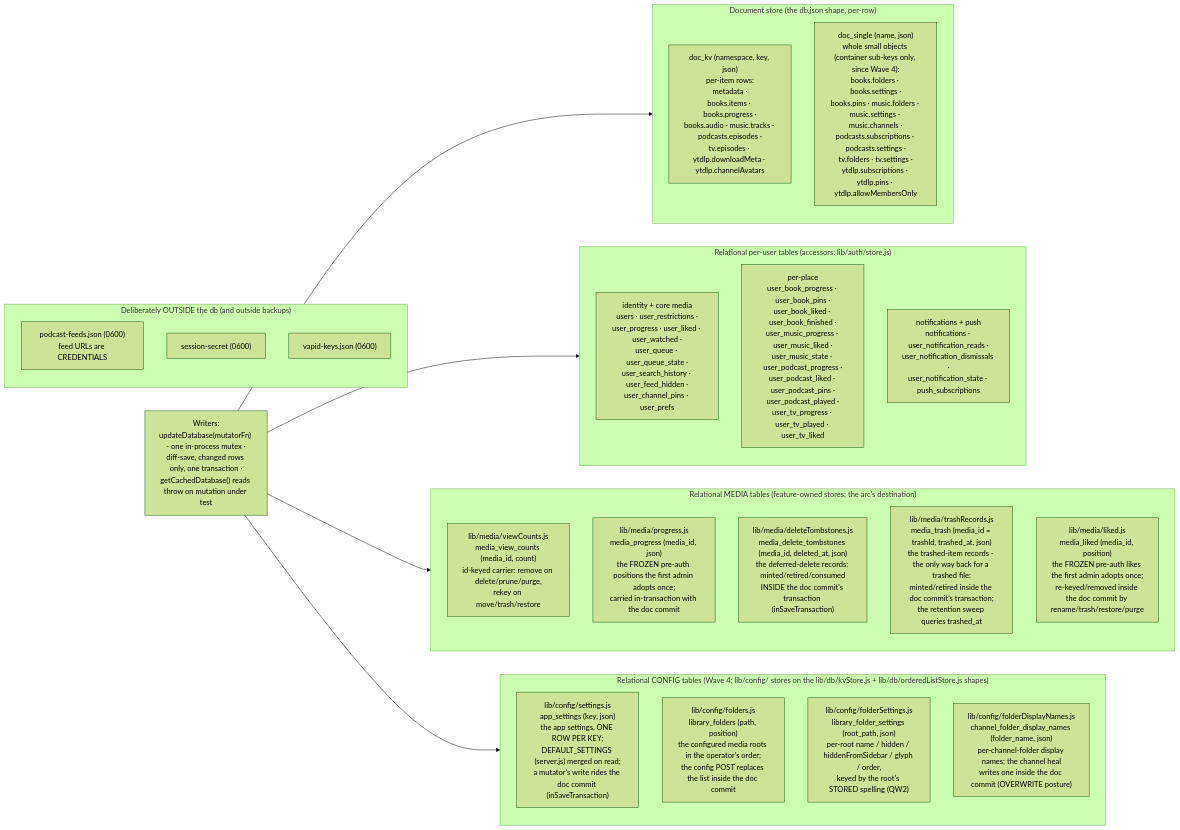
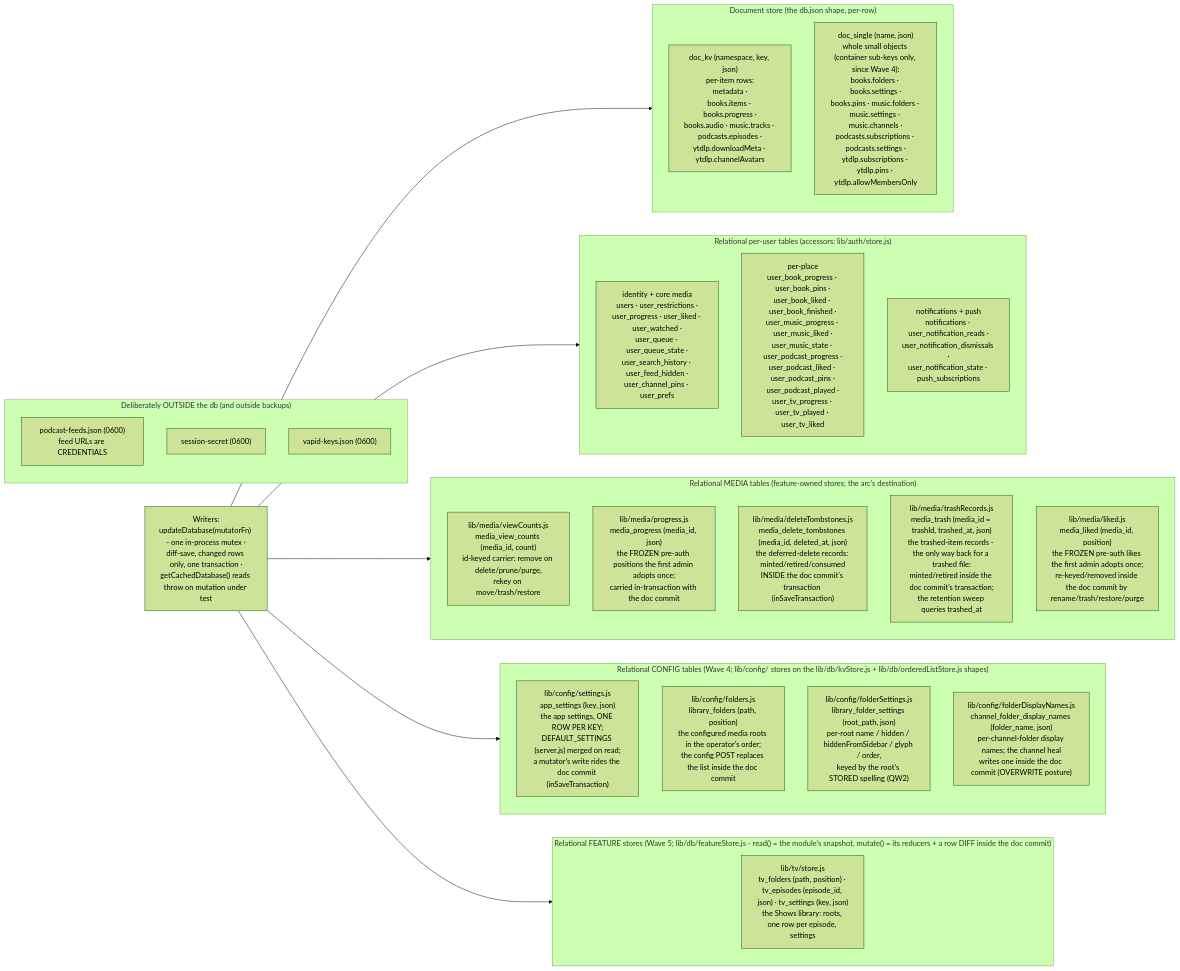
The second of 6 diagrams in docs/DIAGRAMS.md (dtammam/filetube), drawn with Mermaid (forest theme) before and after one commit. The commit also changed other lines of this file and 11 other files, not shown here.

````diff
--- a/docs/DIAGRAMS.md
+++ b/docs/DIAGRAMS.md
@@ -105,41 +105,46 @@
 ```mermaid
 flowchart LR
     subgraph DOC["Document store (the db.json shape, per-row)"]
-        KV["doc_kv (namespace, key, json)<br/>per-item rows:<br/>metadata ·<br/>books.items · books.progress ·<br/>books.audio · music.tracks · podcasts.episodes ·<br/>tv.episodes · ytdlp.downloadMeta · ytdlp.channelAvatars"]
-        SINGLE["doc_single (name, json)<br/>whole small objects (container sub-keys only, since Wave 4):<br/>books.folders · books.settings ·<br/>books.pins · music.folders · music.settings · music.channels ·<br/>podcasts.subscriptions · podcasts.settings ·<br/>tv.folders · tv.settings ·<br/>ytdlp.subscriptions · ytdlp.pins · ytdlp.allowMembersOnly"]
+        KV["doc_kv (namespace, key, json)<br/>per-item rows:<br/>metadata ·<br/>books.items · books.progress ·<br/>books.audio · music.tracks · podcasts.episodes ·<br/>ytdlp.downloadMeta · ytdlp.channelAvatars"]
+        SINGLE["doc_single (name, json)<br/>whole small objects (container sub-keys only, since Wave 4):<br/>books.folders · books.settings ·<br/>books.pins · music.folders · music.settings · music.channels ·<br/>podcasts.subscriptions · podcasts.settings ·<br/>ytdlp.subscriptions · ytdlp.pins · ytdlp.allowMembersOnly"]
     end
 
     subgraph REL["Relational per-user tables (accessors: lib/auth/store.js)"]
         CORE["identity + core media<br/>users · user_restrictions ·<br/>user_progress · user_liked · user_watched ·<br/>user_queue · user_queue_state ·<br/>user_search_history · user_feed_hidden ·<br/>user_channel_pins · user_prefs"]
         PLACEST["per-place<br/>user_book_progress · user_book_pins ·<br/>user_book_liked · user_book_finished ·<br/>user_music_progress · user_music_liked ·<br/>user_music_state · user_podcast_progress ·<br/>user_podcast_liked · user_podcast_pins ·<br/>user_podcast_played ·<br/>user_tv_progress · user_tv_played · user_tv_liked"]
         NOTIF["notifications + push<br/>notifications · user_notification_reads ·<br/>user_notification_dismissals ·<br/>user_notification_state · push_subscriptions"]
     end
 
     subgraph MEDIA["Relational MEDIA tables (feature-owned stores; the arc's destination)"]
         VC["lib/media/viewCounts.js<br/>media_view_counts (media_id, count)<br/>id-keyed carrier: remove on delete/prune/purge,<br/>rekey on move/trash/restore"]
         PR["lib/media/progress.js<br/>media_progress (media_id, json)<br/>the FROZEN pre-auth positions the first admin adopts once;<br/>carried in-transaction with the doc commit"]
         DT["lib/media/deleteTombstones.js<br/>media_delete_tombstones (media_id, deleted_at, json)<br/>the deferred-delete records: minted/retired/consumed<br/>INSIDE the doc commit's transaction (inSaveTransaction)"]
         TR["lib/media/trashRecords.js<br/>media_trash (media_id = trashId, trashed_at, json)<br/>the trashed-item records - the only way back for a trashed file:<br/>minted/retired inside the doc commit's transaction;<br/>the retention sweep queries trashed_at"]
         LK["lib/media/liked.js<br/>media_liked (media_id, position)<br/>the FROZEN pre-auth likes the first admin adopts once;<br/>re-keyed/removed inside the doc commit by rename/trash/restore/purge"]
     end
 
     subgraph CONFIG["Relational CONFIG tables (Wave 4; lib/config/ stores on the lib/db/kvStore.js + lib/db/orderedListStore.js shapes)"]
         ST["lib/config/settings.js<br/>app_settings (key, json)<br/>the app settings, ONE ROW PER KEY;<br/>DEFAULT_SETTINGS (server.js) merged on read;<br/>a mutator's write rides the doc commit (inSaveTransaction)"]
         FO["lib/config/folders.js<br/>library_folders (path, position)<br/>the configured media roots in the operator's order;<br/>the config POST replaces the list inside the doc commit"]
         FS["lib/config/folderSettings.js<br/>library_folder_settings (root_path, json)<br/>per-root name / hidden / hiddenFromSidebar / glyph / order,<br/>keyed by the root's STORED spelling (QW2)"]
         FD["lib/config/folderDisplayNames.js<br/>channel_folder_display_names (folder_name, json)<br/>per-channel-folder display names; the channel heal<br/>writes one inside the doc commit (OVERWRITE posture)"]
     end
 
+    subgraph FEATURES["Relational FEATURE stores (Wave 5; lib/db/featureStore.js - read() = the module's snapshot, mutate() = its reducers + a row DIFF inside the doc commit)"]
+        TV["lib/tv/store.js<br/>tv_folders (path, position) · tv_episodes (episode_id, json) · tv_settings (key, json)<br/>the Shows library: roots, one row per episode, settings"]
+    end
+
     subgraph OUT["Deliberately OUTSIDE the db (and outside backups)"]
         FEEDS["podcast-feeds.json (0600)<br/>feed URLs are CREDENTIALS"]
         SS["session-secret (0600)"]
         VAPID["vapid-keys.json (0600)"]
     end
 
     WRITERS["Writers:<br/>updateDatabase(mutatorFn) - one in-process mutex ·<br/>diff-save, changed rows only, one transaction ·<br/>getCachedDatabase() reads throw on mutation under test"]
 
     WRITERS --> DOC
     WRITERS --> REL
     WRITERS --> MEDIA
     WRITERS --> CONFIG
+    WRITERS --> FEATURES
 ```
````
